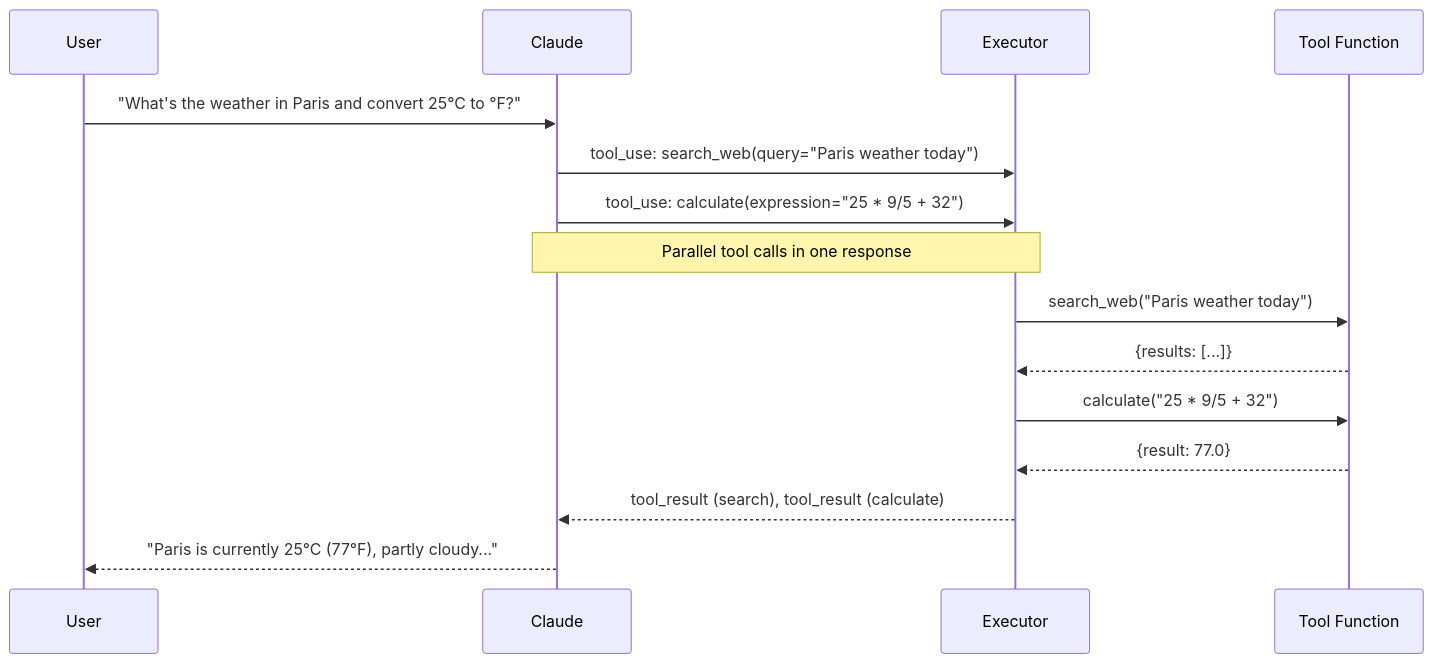
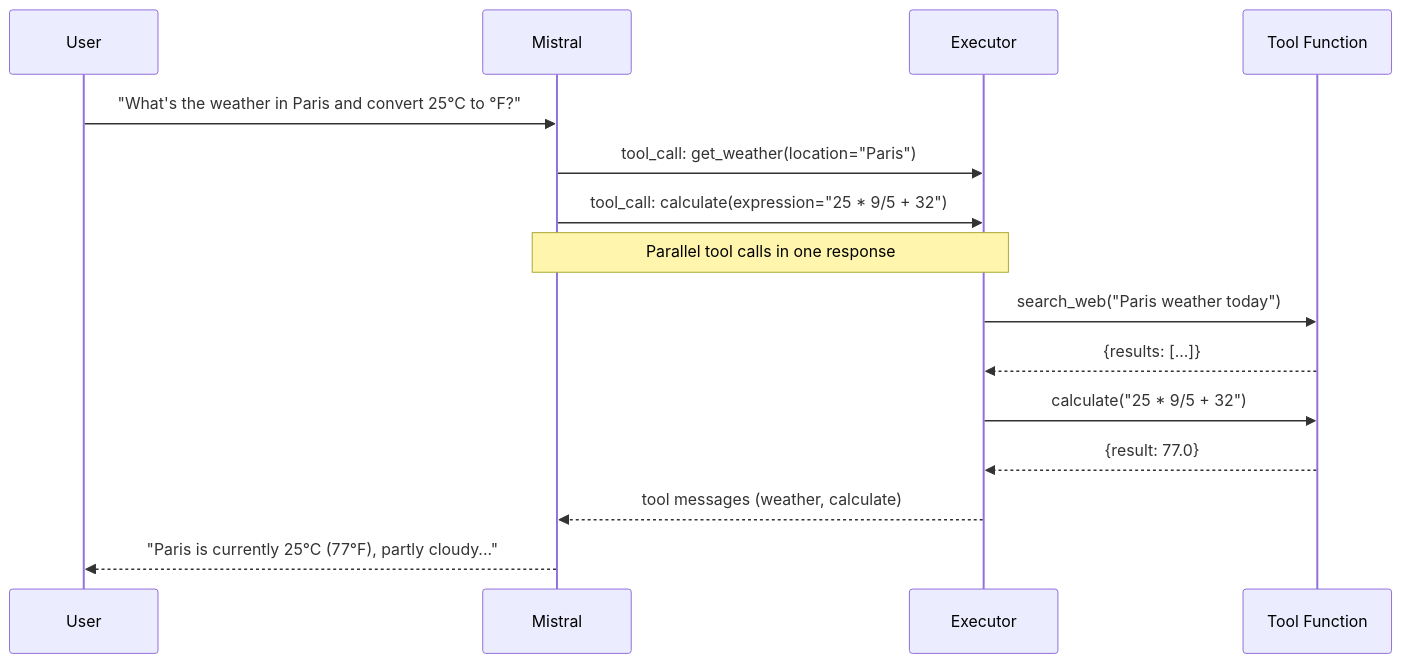
The first of 2 diagrams in course2/week1-tool-use.md (DevBuildStudio/mastering-ai-course), drawn with Mermaid before and after one commit. The commit also changed other lines of this file and 35 other files, not shown here.

````diff
--- a/course2/week1-tool-use.md
+++ b/course2/week1-tool-use.md
@@ -53,18 +56,18 @@
 ```mermaid
 sequenceDiagram
     participant User
-    participant Claude
+    participant Mistral
     participant Executor
     participant ToolFn as Tool Function
 
-    User->>Claude: "What's the weather in Paris and convert 25°C to °F?"
-    Claude->>Executor: tool_use: search_web(query="Paris weather today")
-    Claude->>Executor: tool_use: calculate(expression="25 * 9/5 + 32")
-    Note over Claude,Executor: Parallel tool calls in one response
+    User->>Mistral: "What's the weather in Paris and convert 25°C to °F?"
+    Mistral->>Executor: tool_call: get_weather(location="Paris")
+    Mistral->>Executor: tool_call: calculate(expression="25 * 9/5 + 32")
+    Note over Mistral,Executor: Parallel tool calls in one response
     Executor->>ToolFn: search_web("Paris weather today")
     ToolFn-->>Executor: {results: [...]}
     Executor->>ToolFn: calculate("25 * 9/5 + 32")
     ToolFn-->>Executor: {result: 77.0}
-    Executor-->>Claude: tool_result (search), tool_result (calculate)
-    Claude-->>User: "Paris is currently 25°C (77°F), partly cloudy..."
+    Executor-->>Mistral: tool messages (weather, calculate)
+    Mistral-->>User: "Paris is currently 25°C (77°F), partly cloudy..."
 ```
````
